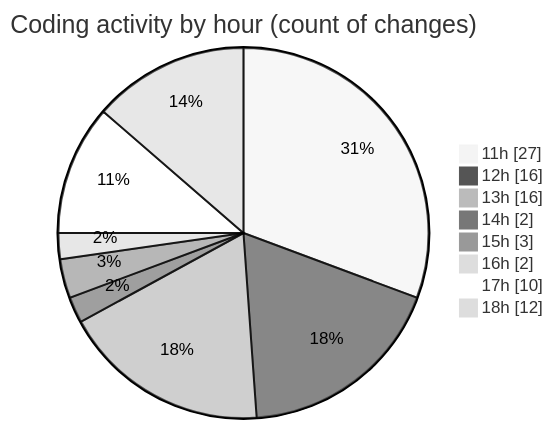
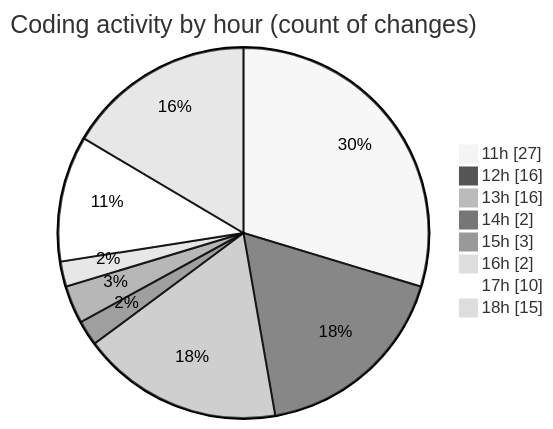
Before and after one commit to MatusMokan/code-tracking: the second of 2 diagrams in 2025-04-18/myws__workspace_/README.md, drawn with Mermaid (neutral theme). The commit also changed other lines of this file and 1 other file, not shown here.

````diff
--- a/2025-04-18/myws__workspace_/README.md
+++ b/2025-04-18/myws__workspace_/README.md
@@ -32,12 +33,12 @@
 ```mermaid
 pie showData
 title Coding activity by hour (count of changes)
 "11h" : 27
 "12h" : 16
 "13h" : 16
 "14h" : 2
 "15h" : 3
 "16h" : 2
 "17h" : 10
-"18h" : 12
+"18h" : 15
 ```
````
